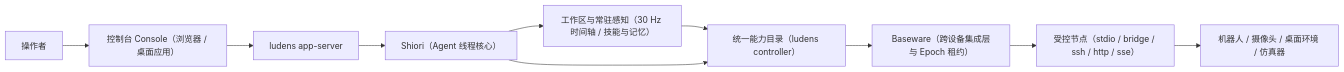
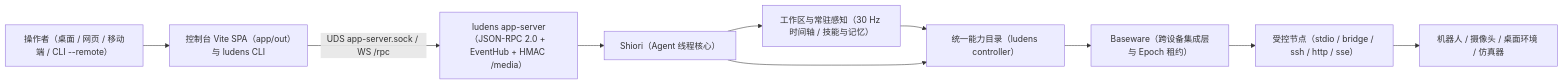
Before and after one commit to Arkevo-Lab/Ludens: the diagram in docs/zh/concepts/overview.md, drawn with Mermaid. The commit also changed other lines of this file and 24 other files, not shown here.

Commit message:
docs: sync bilingual docs with multi-surface Vite SPA and zero-port UDS/WS RPC architecture

````diff
--- a/docs/zh/concepts/overview.md
+++ b/docs/zh/concepts/overview.md
@@ -19,12 +19,12 @@
 ```mermaid
 flowchart LR
-    U["操作者"] --> Con["控制台 Console（浏览器 / 桌面应用）"]
-    Con --> Srv["ludens app-server"]
+    U["操作者（桌面 / 网页 / 移动端 / CLI --remote）"] --> Con["控制台 Vite SPA（app/out）与 ludens CLI"]
+    Con -->|"UDS app-server.sock / WS /rpc"| Srv["ludens app-server（JSON-RPC 2.0 + EventHub + HMAC /media）"]
     Srv --> Sh["Shiori（Agent 线程核心）"]
     Sh --> Ws["工作区与常驻感知（30 Hz 时间轴 / 技能与记忆）"]
     Ws --> Cat["统一能力目录（ludens controller）"]
     Sh --> Cat
     Cat --> Bw["Baseware（跨设备集成层与 Epoch 租约）"]
     Bw --> Nodes["受控节点（stdio / bridge / ssh / http / sse）"]
     Nodes --> Targets["机器人 / 摄像头 / 桌面环境 / 仿真器"]
 ```
````
